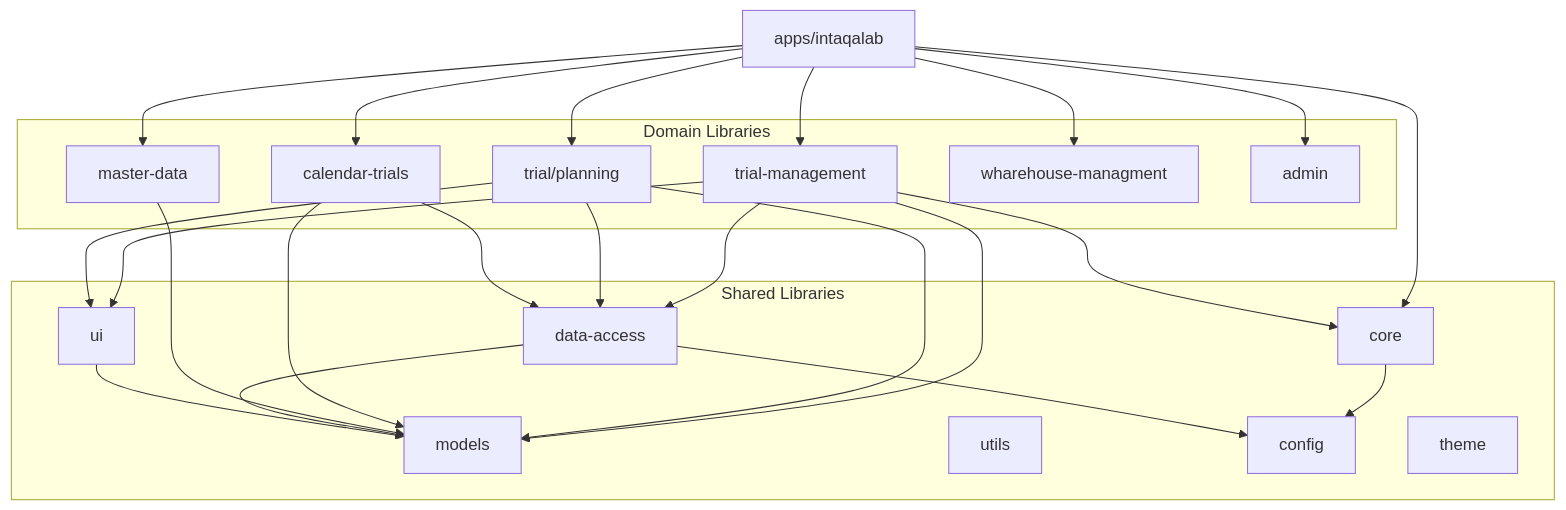
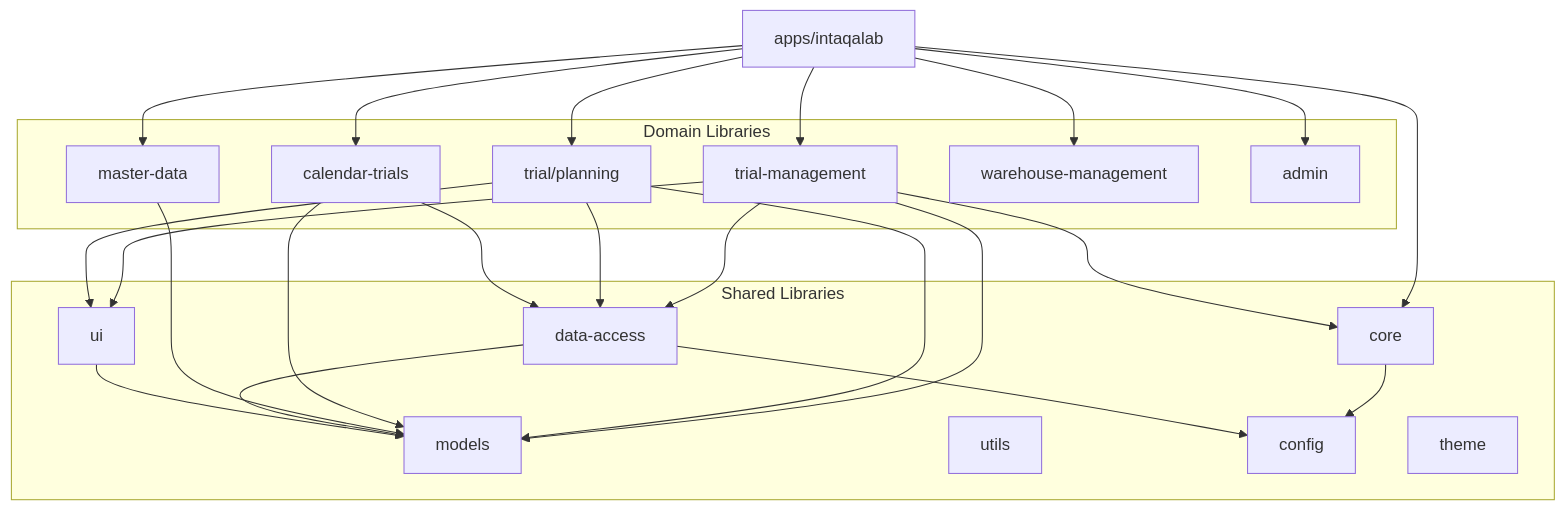
The first of 10 diagrams in docs/specs/TDD.md (Br0wnZ/intaqalab-vm), drawn with Mermaid before and after one commit. The commit also changed other lines of this file and 195 other files, not shown here.

````diff
--- a/docs/specs/TDD.md
+++ b/docs/specs/TDD.md
@@ -113,50 +113,50 @@
 ```mermaid
 graph TD
     APP["apps/intaqalab"]
 
     subgraph "Domain Libraries"
         TM["trial-management"]
         TP["trial/planning"]
         CT["calendar-trials"]
         MD["master-data"]
-        WM["wharehouse-managment"]
+        WM["warehouse-management"]
         AD["admin"]
     end
 
     subgraph "Shared Libraries"
         CORE["core"]
         DA["data-access"]
         MODELS["models"]
         UI["ui"]
         UTILS["utils"]
         CONFIG["config"]
         THEME["theme"]
     end
 
     APP --> TM
     APP --> TP
     APP --> CT
     APP --> MD
     APP --> WM
     APP --> AD
     APP --> CORE
 
     TM --> DA
     TM --> MODELS
     TM --> CORE
     TM --> UI
 
     TP --> DA
     TP --> MODELS
     TP --> UI
 
     CT --> DA
     CT --> MODELS
 
     MD --> MODELS
 
     CORE --> CONFIG
     DA --> CONFIG
     DA --> MODELS
     UI --> MODELS
 ```
````
